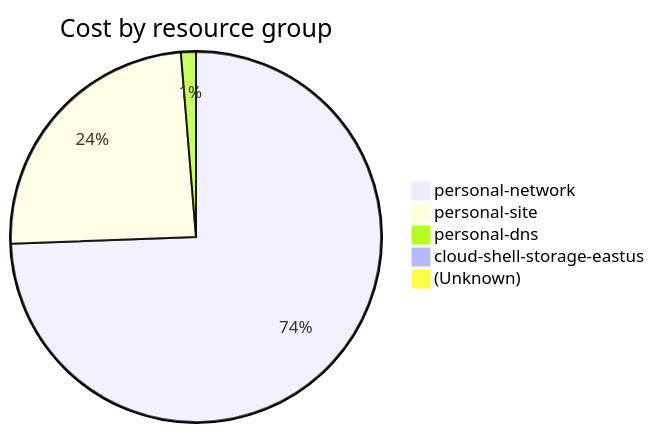
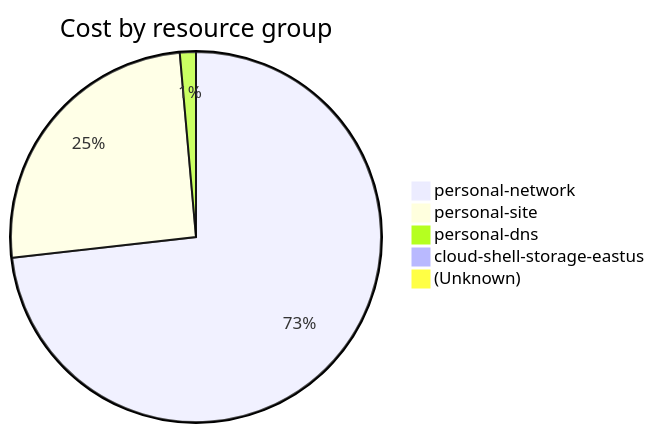
One commit to jpfulton/azure-personal-reports changed the fourth of 4 diagrams in cost-reports/accumulated-cost.md. Above: the diagram before and after it, drawn with Mermaid. The commit also changed other lines of this file and 4 other files, not shown here.

````diff
--- a/cost-reports/accumulated-cost.md
+++ b/cost-reports/accumulated-cost.md
@@ -153,9 +153,9 @@
 ```mermaid
 pie
    title Cost by resource group
-   "personal-network" : 6.84
-   "personal-site" : 2.23
-   "personal-dns" : 0.12
-   "cloud-shell-storage-eastus" : 0.04
-   "(Unknown)" : 0.03
+   "personal-network" : 8.36
+   "personal-site" : 2.90
+   "personal-dns" : 0.16
+   "cloud-shell-storage-eastus" : 0.05
+   "(Unknown)" : 0.04
 ```
````
